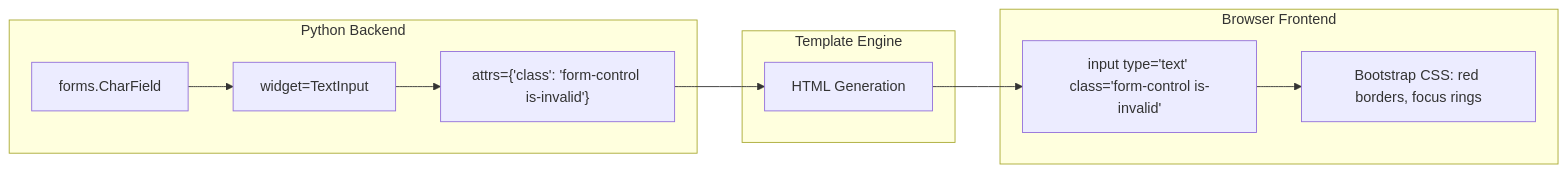
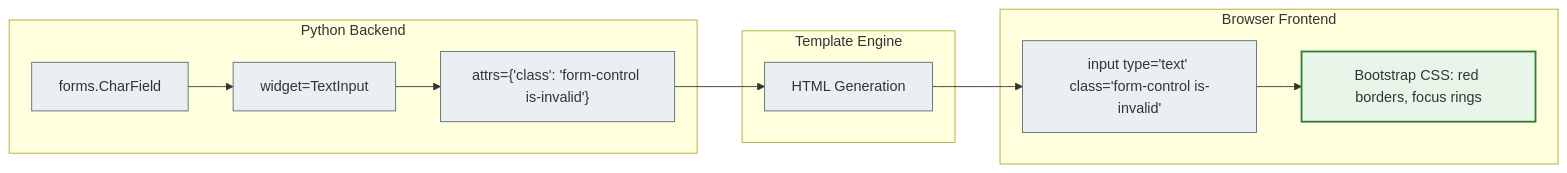
One commit to NikoriakViktot/notes_chat_app changed the fourth of 12 diagrams in docs/04_forms_and_validation/django_forms_full.md. Above: the diagram before and after it, drawn with Mermaid. The commit also changed other lines of this file and 441 other files, not shown here.

First line of the commit message:
Add English version of the book, Mermaid standard, docs fixes

````diff
--- a/docs/04_forms_and_validation/django_forms_full.md
+++ b/docs/04_forms_and_validation/django_forms_full.md
@@ -538,16 +551,21 @@
 ```mermaid
 graph LR
     subgraph PythonBackend["Python Backend"]
         A["forms.CharField"] --> B["widget=TextInput"]
         B --> C["attrs={'class': 'form-control is-invalid'}"]
     end
 
     subgraph TemplateEngine["Template Engine"]
         C --> D["HTML Generation"]
     end
 
     subgraph BrowserFrontend["Browser Frontend"]
         D --> E["input type='text' class='form-control is-invalid'"]
         E --> F["Bootstrap CSS: red borders, focus rings"]
     end
+
+    classDef step     fill:#eceff1,stroke:#546e7a,stroke-width:1px;
+    classDef success  fill:#e8f5e9,stroke:#2e7d32,stroke-width:2px;
+    class A,B,C,D,E step;
+    class F success;
 ```
````
